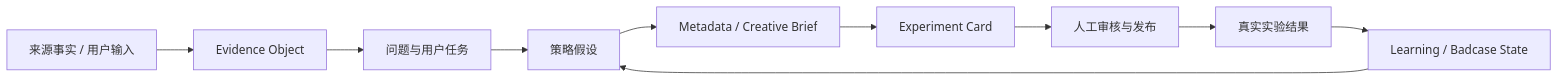
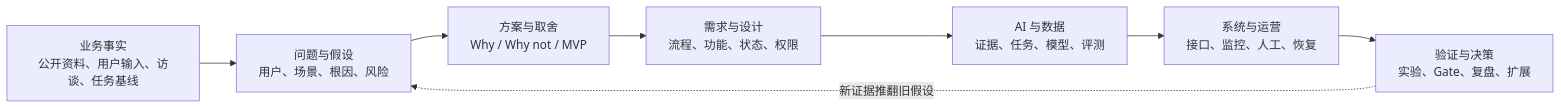
The second of 10 diagrams in 03_prd/global_aso_localization_agent_prd_v2/全球_ASO_与本地化增长_Agent_PRD_v2.md (linkaka970105/ai-pm-adops-copilot), drawn with Mermaid before and after one commit. The commit also changed other lines of this file and 1 other file, not shown here.

````diff
--- a/03_prd/global_aso_localization_agent_prd_v2/全球_ASO_与本地化增长_Agent_PRD_v2.md
+++ b/03_prd/global_aso_localization_agent_prd_v2/全球_ASO_与本地化增长_Agent_PRD_v2.md
@@ -183,12 +181,13 @@
 ```mermaid
 flowchart LR
-    A["来源事实 / 用户输入"] --> B["Evidence Object"]
-    B --> C["问题与用户任务"]
-    C --> D["策略假设"]
-    D --> E["Metadata / Creative Brief"]
-    E --> F["Experiment Card"]
-    F --> G["人工审核与发布"]
-    G --> H["真实实验结果"]
-    H --> I["Learning / Badcase State"]
-    I --> D
+    A["业务事实<br/>公开资料、用户输入、访谈、任务基线"]
+    B["问题与假设<br/>用户、场景、根因、风险"]
+    C["方案与取舍<br/>Why / Why not / MVP"]
+    D["需求与设计<br/>流程、功能、状态、权限"]
+    E["AI 与数据<br/>证据、任务、模型、评测"]
+    F["系统与运营<br/>接口、监控、人工、恢复"]
+    G["验证与决策<br/>实验、Gate、复盘、扩展"]
+
+    A --> B --> C --> D --> E --> F --> G
+    G -.->|新证据推翻旧假设| B
 ```
````
